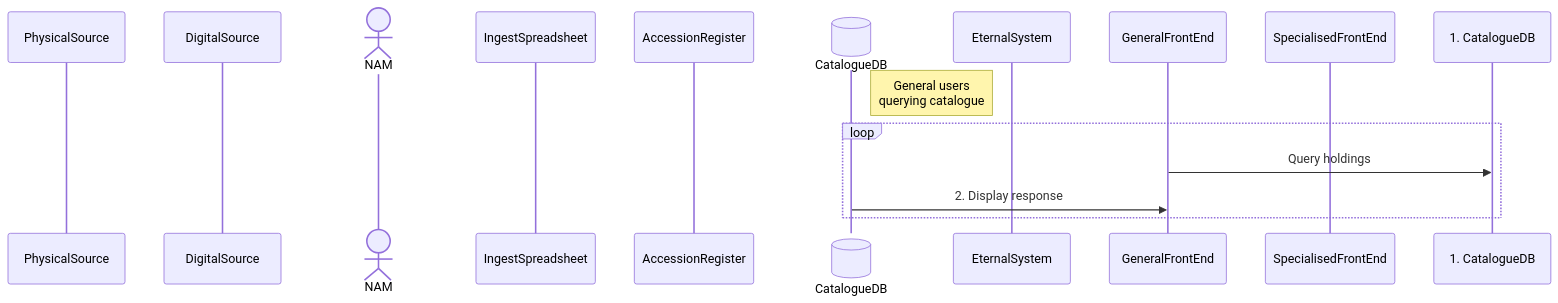
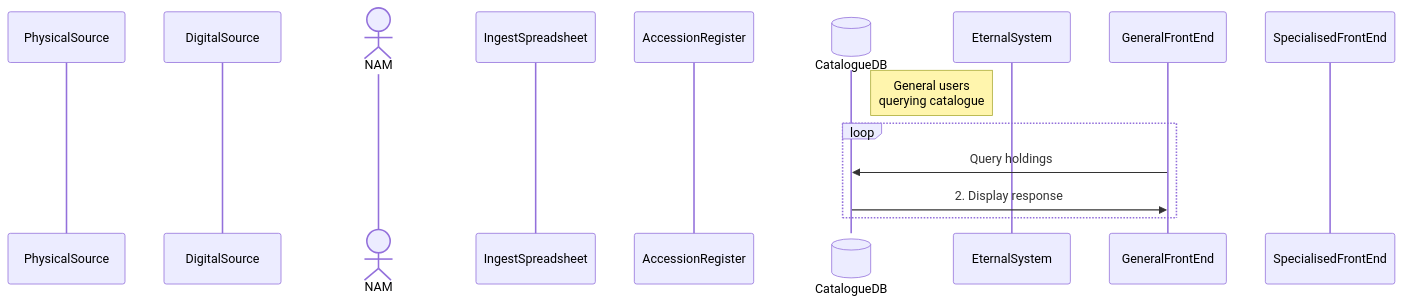
Before and after one commit to dgiaretta/NAM: the fourth of 7 diagrams in README.md, drawn with Mermaid.

Commit message:
Fix formatting in sequence diagram in README

````diff
--- a/README.md
+++ b/README.md
@@ -126,17 +126,17 @@
 ```mermaid
 sequenceDiagram
 participant PhysicalSource
 participant DigitalSource
 actor NAM
 participant IngestSpreadsheet
 participant AccessionRegister
 participant CatalogueDB@{ "type": "database" }
 participant EternalSystem
 participant GeneralFrontEnd
 participant SpecialisedFrontEnd 
 Note right of CatalogueDB: General users<br/>querying catalogue
 loop
-  GeneralFrontEnd->>1. CatalogueDB: Query holdings
+  GeneralFrontEnd->>CatalogueDB: Query holdings
   CatalogueDB->>GeneralFrontEnd: 2. Display response
 end
 ```
````
